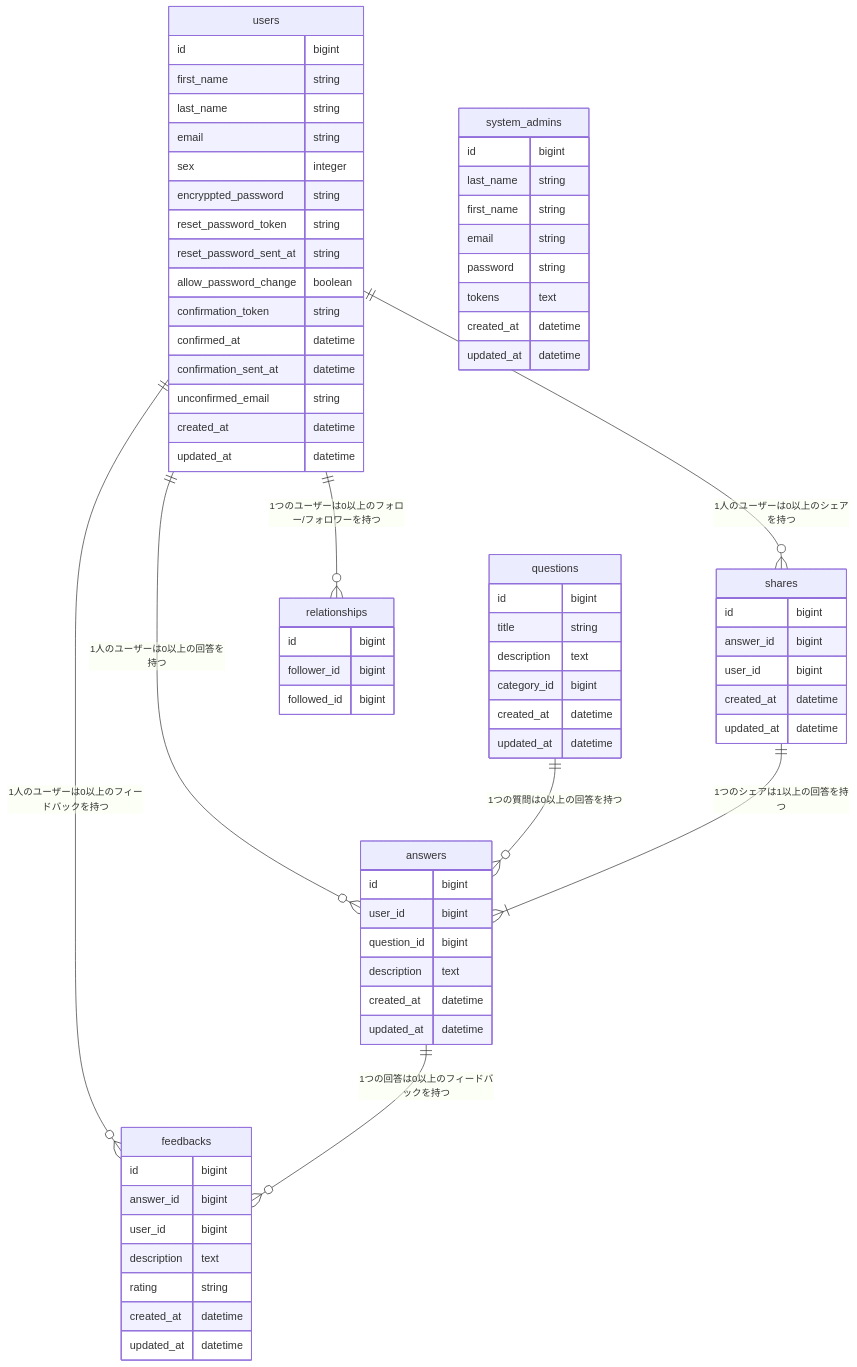
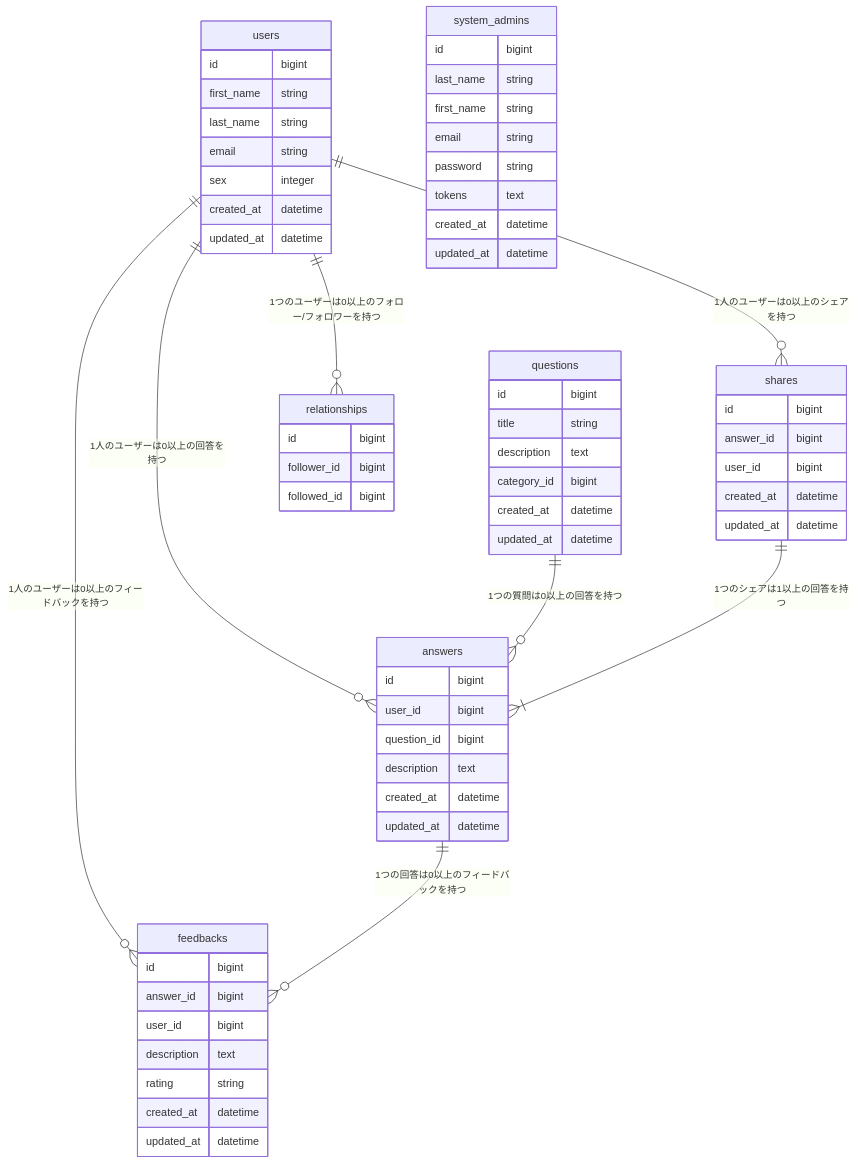
The diagram in README.md (miuradaiki/cross_coaching_api), drawn with Mermaid before and after one commit.

````diff
--- a/README.md
+++ b/README.md
@@ -10,82 +10,74 @@
 ```mermaid
 erDiagram
 users ||--o{ answers : "1人のユーザーは0以上の回答を持つ"
 users ||--o{ shares : "1人のユーザーは0以上のシェアを持つ"
 users ||--o{ feedbacks : "1人のユーザーは0以上のフィードバックを持つ"
 questions ||--o{ answers : "1つの質問は0以上の回答を持つ"
 shares ||--|{ answers : "1つのシェアは1以上の回答を持つ"
 answers ||--o{ feedbacks : "1つの回答は0以上のフィードバックを持つ"
 users ||--o{ relationships : "1つのユーザーは0以上のフォロー/フォロワーを持つ"
 
 
 system_admins {
   id bigint
   last_name string
   first_name string
   email string
   password string
   tokens text
   created_at datetime
   updated_at datetime
 }
 
 users {
   id bigint
   first_name string
   last_name string
   email string
   sex integer
-  encryppted_password string
-  reset_password_token string
-  reset_password_sent_at string
-  allow_password_change boolean
-  confirmation_token string
-  confirmed_at datetime
-  confirmation_sent_at datetime
-  unconfirmed_email string
   created_at datetime
   updated_at datetime
 }
 
 questions {
   id bigint
   title string
   description text
   category_id bigint
   created_at datetime
   updated_at datetime
 }
 
 answers {
   id bigint
   user_id bigint
   question_id bigint
   description text
   created_at datetime
   updated_at datetime
 }
 
 shares {
   id bigint
   answer_id bigint
   user_id bigint
   created_at datetime
   updated_at datetime
 }
 
 feedbacks {
   id bigint
   answer_id bigint
   user_id bigint
   description text
   rating string
   created_at datetime
   updated_at datetime
 }
 
 relationships {
   id bigint
   follower_id bigint
   followed_id bigint
 }
 ```
````
